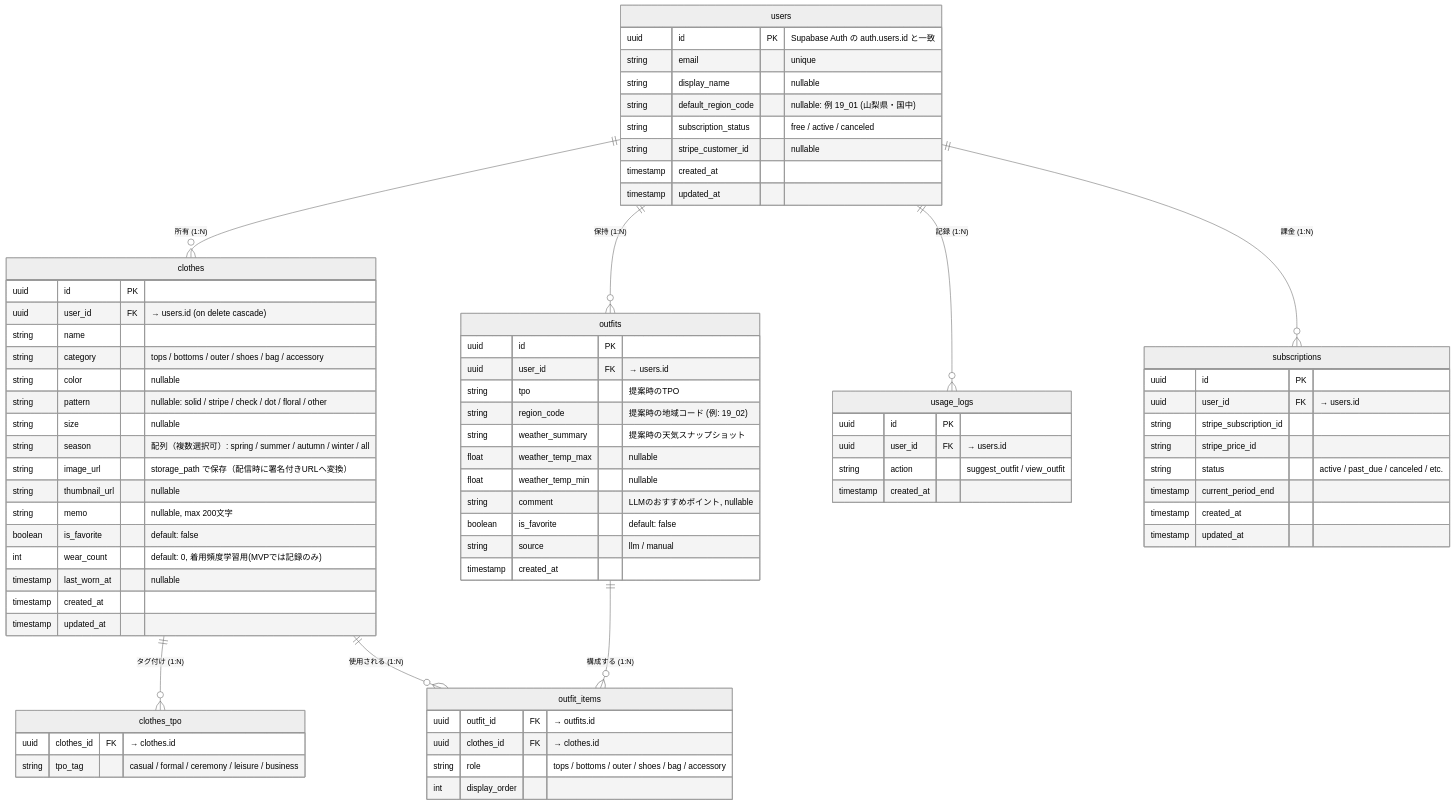
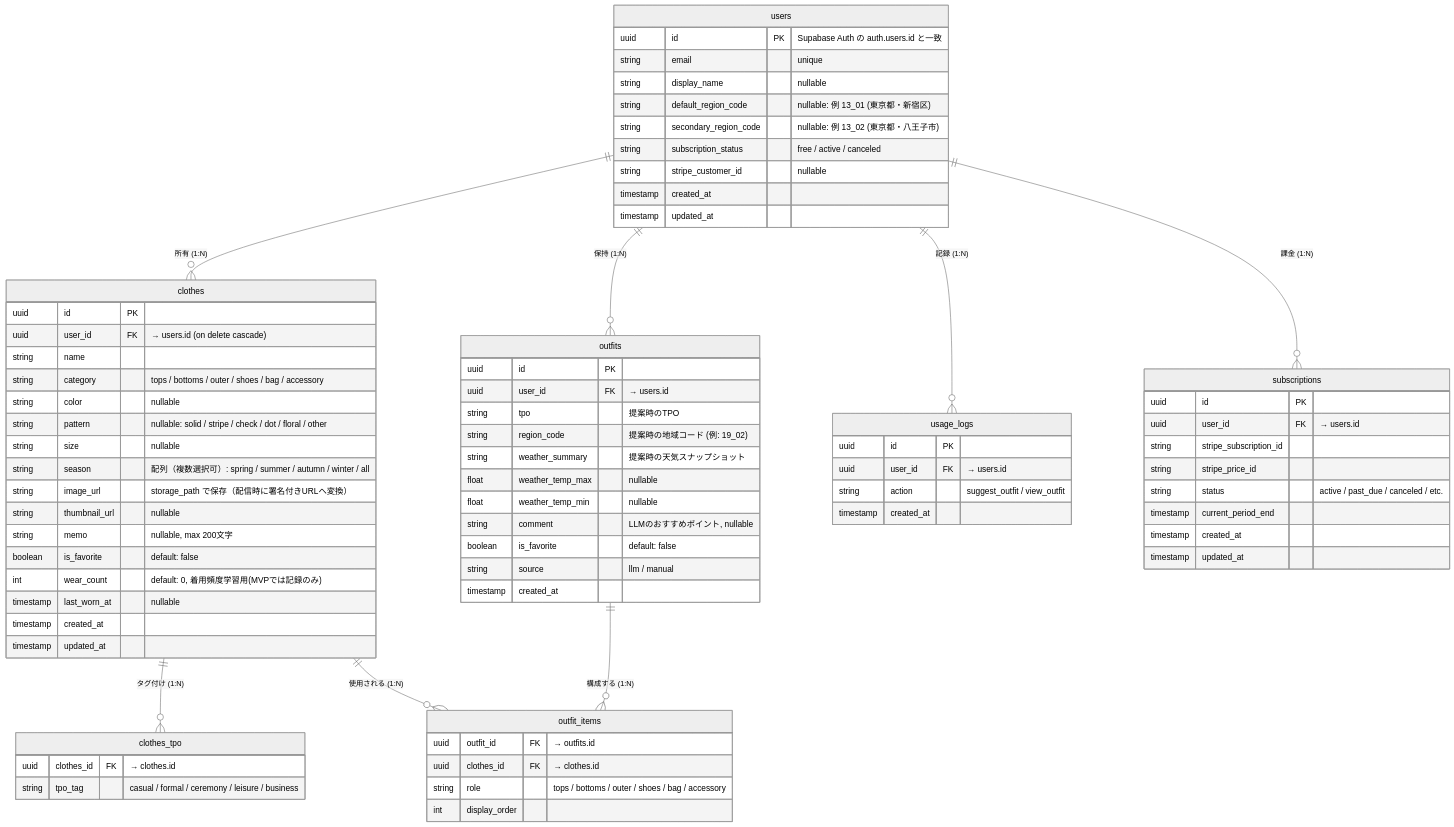
The diagram in docs/er-diagram.md (ms-engineer-bc26-01/teamB_section_9), drawn with Mermaid (neutral theme) before and after one commit. The commit also changed other lines of this file and 8 other files, not shown here.

```diff
--- a/docs/er-diagram.md
+++ b/docs/er-diagram.md
@@ -8,7 +8,8 @@
     uuid id PK "Supabase Auth の auth.users.id と一致"
     string email "unique"
     string display_name "nullable"
-    string default_region_code "nullable: 例 19_01 (山梨県・国中)"
+    string default_region_code "nullable: 例 13_01 (東京都・新宿区)"
+    string secondary_region_code "nullable: 例 13_02 (東京都・八王子市)"
     string subscription_status "free / active / canceled"
     string stripe_customer_id "nullable"
     timestamp created_at
```
